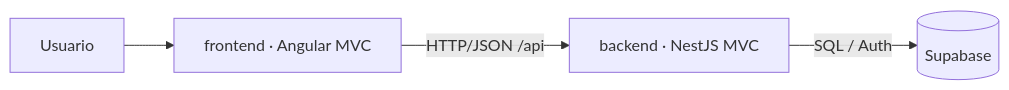
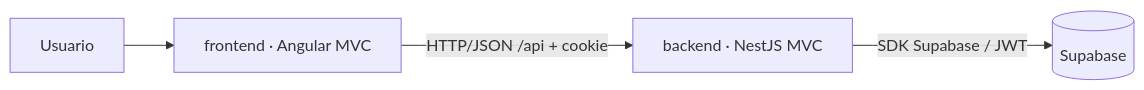
One commit to dgschahvqvc17/Convencion-Ministerial-Registro changed the diagram in README.md. Above: the diagram before and after it, drawn with Mermaid. The commit also changed other lines of this file and 115 other files, not shown here.

Commit message:
feat: implementar registro de la convencion con NestJS, Angular y Supabase

````diff
--- a/README.md
+++ b/README.md
@@ -9,6 +9,6 @@
 ```mermaid
 graph LR
   U[Usuario] --> F[frontend · Angular MVC]
-  F -->|HTTP/JSON /api| B[backend · NestJS MVC]
-  B -->|SQL / Auth| S[(Supabase)]
+  F -->|HTTP/JSON /api + cookie| B[backend · NestJS MVC]
+  B -->|SDK Supabase / JWT| S[(Supabase)]
 ```
````
